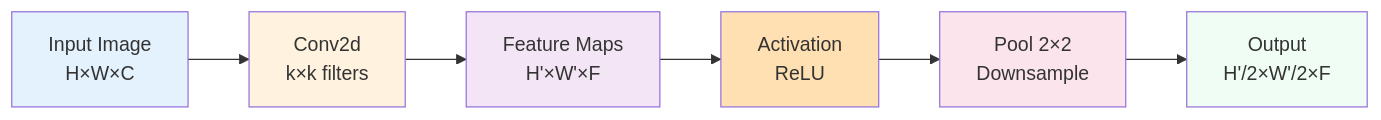
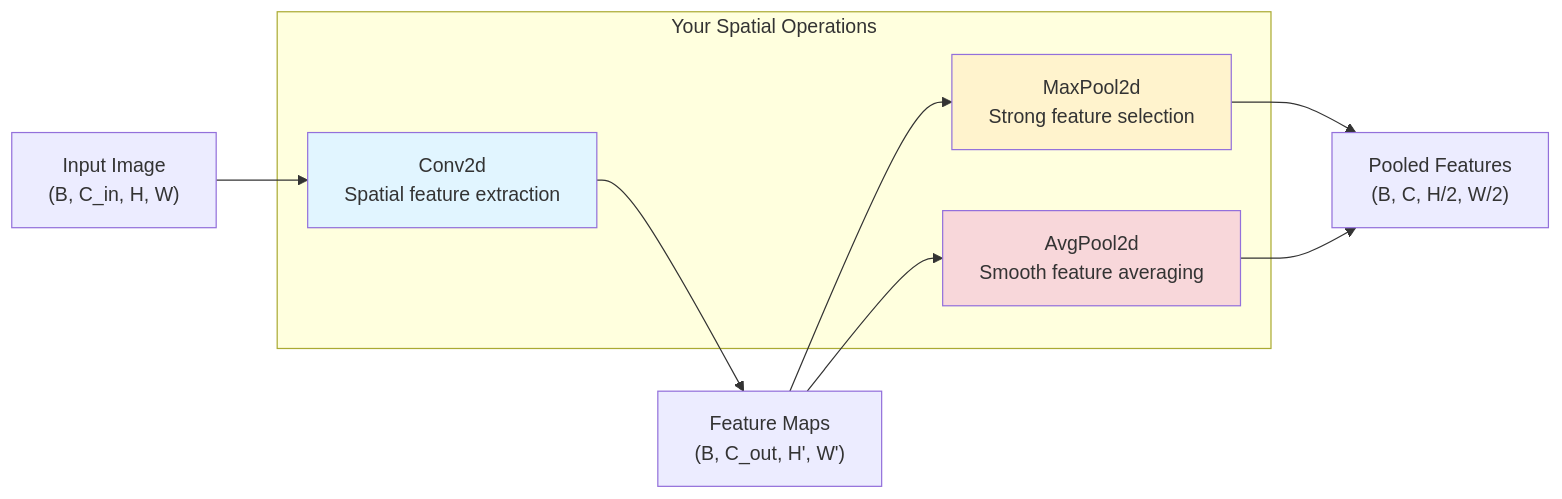
The diagram in tinytorch/src/09_spatial/ABOUT.md (harvard-edge/cs249r_book), drawn with Mermaid before and after one commit. The commit also changed other lines of this file and 18 other files, not shown here.

````diff
--- a/tinytorch/src/09_spatial/ABOUT.md
+++ b/tinytorch/src/09_spatial/ABOUT.md
@@ -48,15 +34,20 @@
 ```{mermaid}
-graph LR
-    A[Input Image<br/>H×W×C] --> B[Conv2d<br/>k×k filters]
-    B --> C[Feature Maps<br/>H'×W'×F]
-    C --> D[Activation<br/>ReLU]
-    D --> E[Pool 2×2<br/>Downsample]
-    E --> F[Output<br/>H'/2×W'/2×F]
+flowchart LR
+    subgraph "Your Spatial Operations"
+        A["Conv2d<br/>Spatial feature extraction"]
+        B["MaxPool2d<br/>Strong feature selection"]
+        C["AvgPool2d<br/>Smooth feature averaging"]
+    end
 
-    style A fill:#e3f2fd
-    style B fill:#fff3e0
-    style C fill:#f3e5f5
-    style D fill:#ffe0b2
-    style E fill:#fce4ec
-    style F fill:#f0fdf4
+    D["Input Image<br/>(B, C_in, H, W)"]
+    E["Feature Maps<br/>(B, C_out, H', W')"]
+    F["Pooled Features<br/>(B, C, H/2, W/2)"]
+
+    D --> A --> E
+    E --> B --> F
+    E --> C --> F
+
+    style A fill:#e1f5ff
+    style B fill:#fff3cd
+    style C fill:#f8d7da
 ```
````
